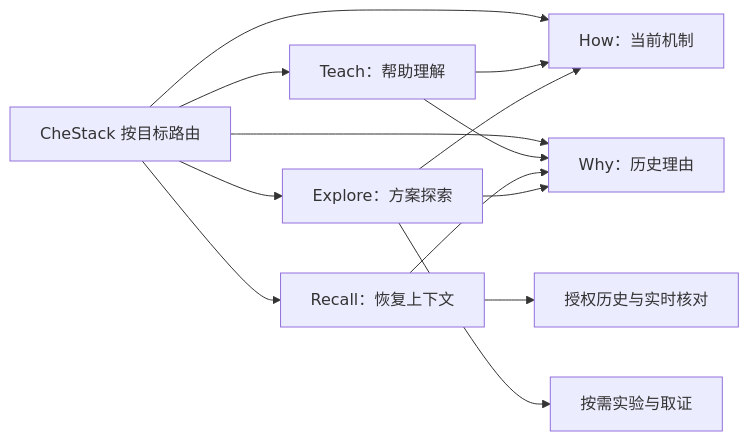
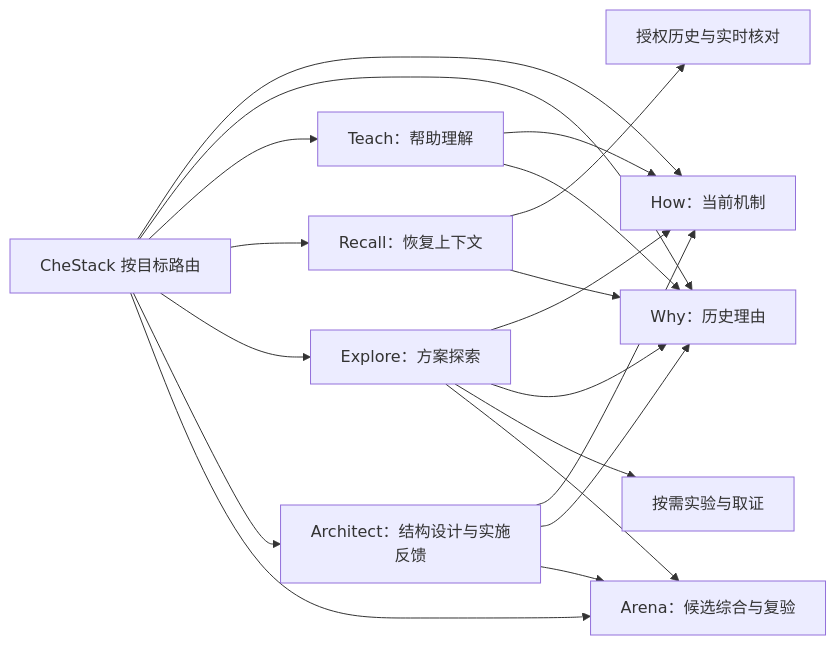
One commit to superche/chestack changed the diagram in docs/architecture.md. Above: the diagram before and after it, drawn with Mermaid. The commit also changed other lines of this file and 16 other files, not shown here.

Commit message:
feat: expose architect and arena as independent skills

````diff
--- a/docs/architecture.md
+++ b/docs/architecture.md
@@ -22,15 +22,21 @@
 ```mermaid
 flowchart LR
     entry[CheStack 按目标路由] --> how[How：当前机制]
     entry --> why[Why：历史理由]
     entry --> teach[Teach：帮助理解]
     entry --> recall[Recall：恢复上下文]
     entry --> explore[Explore：方案探索]
     teach --> how
     teach --> why
     recall --> history[授权历史与实时核对]
     recall --> why
     explore --> how
     explore --> why
     explore --> prototype[按需实验与取证]
+    entry --> architect[Architect：结构设计与实施反馈]
+    entry --> arena[Arena：候选综合与复验]
+    architect --> how
+    architect --> why
+    architect --> arena
+    explore --> arena
 ```
````
